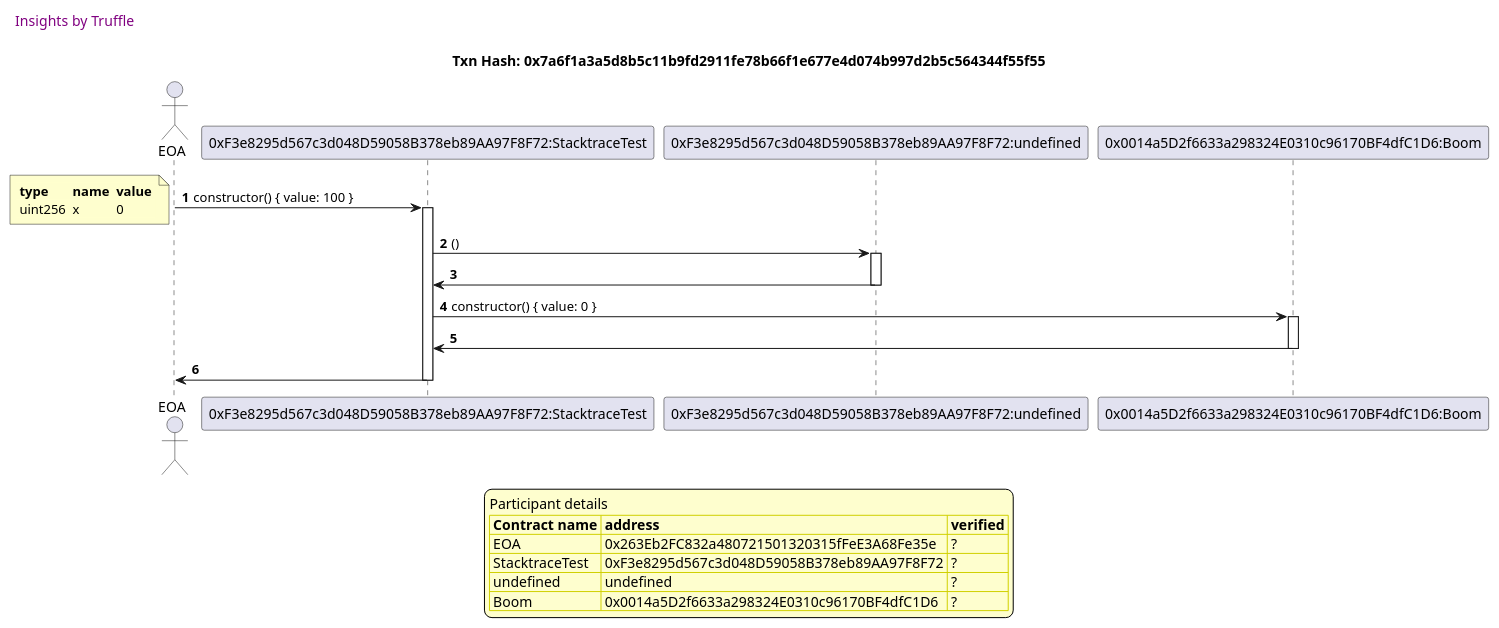
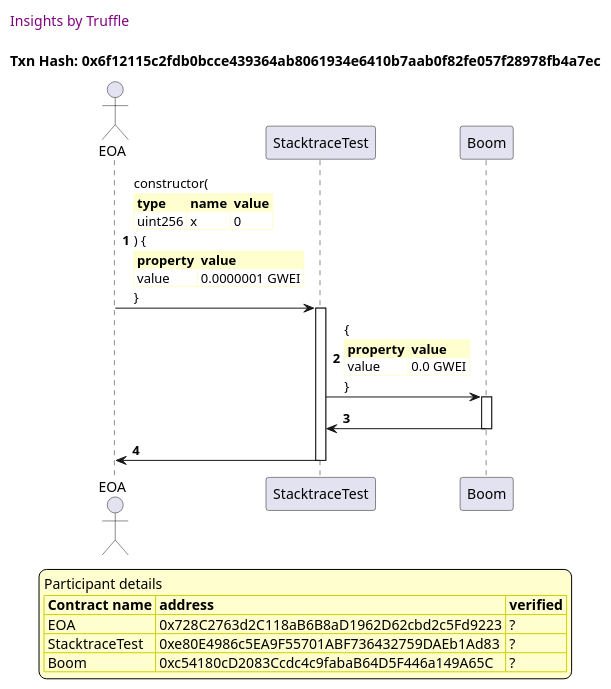
One commit to trufflesuite/txlog-seedlings changed the first of 11 diagrams in truffle-seq/stacktrace.test.md. Above: the diagram before and after it, drawn with PlantUML. The commit also changed other lines of this file and 5 other files, not shown here.

````diff
--- a/truffle-seq/stacktrace.test.md
+++ b/truffle-seq/stacktrace.test.md
@@ -11,54 +13,58 @@
 ```plantuml
+
+
 @startuml
 
 autonumber
-
 skinparam legendBackgroundColor #FEFECE
 
 <style>
-
-header {
-  HorizontalAlignment left
-  FontColor purple
-  FontSize 14
-  Padding 10
-}
-
-</style>
-
+      header {
+        HorizontalAlignment left
+        FontColor purple
+        FontSize 14
+        Padding 10
+      }
+    </style>
 
 header Insights by Truffle
 
-title Txn Hash: 0x7a6f1a3a5d8b5c11b9fd2911fe78b66f1e677e4d074b997d2b5c564344f55f55
+title Txn Hash: 0x6f12115c2fdb0bcce439364ab8061934e6410b7aab0f82fe057f28978fb4a7ec
+
 
 actor EOA as "EOA"
-participant StacktraceTest_01 as "0xF3e8295d567c3d048D59058B378eb89AA97F8F72:StacktraceTest"
-participant undefined_01 as "0xF3e8295d567c3d048D59058B378eb89AA97F8F72:undefined"
-participant Boom_01 as "0x0014a5D2f6633a298324E0310c96170BF4dfC1D6:Boom"
 
-EOA -> StacktraceTest_01 ++: constructor() { value: 100 }
-note left #FEFECE
-<#FEFECE,#FEFECE>|= type |= name |= value |
-| uint256 | x | 0 |
-end note
+participant StacktraceTest as "StacktraceTest"
 
-StacktraceTest_01 -> undefined_01 ++: () 
-undefined_01 -> StacktraceTest_01 --: 
-StacktraceTest_01 -> Boom_01 ++: constructor() { value: 0 }
-Boom_01 -> StacktraceTest_01 --: 
-StacktraceTest_01 -> EOA --: 
+participant Boom as "Boom"
+
+"EOA" -> "StacktraceTest" ++: constructor(\n\
+<#FEFECE,#FEFECE>|= type |= name |= value |\n\
+| uint256 | x | 0 |\n\
+) {\n\
+<#FEFECE,#FEFECE>|= property |= value|\n\
+| value | 0.0000001 GWEI |\n\
+}
+
+"StacktraceTest" -> "Boom" ++: {\n\
+<#FEFECE,#FEFECE>|= property |= value|\n\
+| value | 0.0 GWEI |\n\
+}
+
+"Boom" -> "StacktraceTest" --: 
+
+"StacktraceTest" -> "EOA" --: 
+
 
 
 legend
 Participant details
 <#FEFECE,#D0D000>|= Contract name |= address |= verified |
-<#FEFECE>| EOA | 0x263Eb2FC832a480721501320315fFeE3A68Fe35e | ? |
-<#FEFECE>| StacktraceTest | 0xF3e8295d567c3d048D59058B378eb89AA97F8F72 | ? |
-<#FEFECE>| undefined | undefined | ? |
-<#FEFECE>| Boom | 0x0014a5D2f6633a298324E0310c96170BF4dfC1D6 | ? |
+<#FEFECE>| EOA | 0x728C2763d2C118aB6B8aD1962D62cbd2c5Fd9223 | ? |
+<#FEFECE>| StacktraceTest | 0xe80E4986c5EA9F55701ABF736432759DAEb1Ad83 | ? |
+<#FEFECE>| Boom | 0xc54180cD2083Ccdc4c9fabaB64D5F446a149A65C | ? |
 endlegend
-
 
 
 @enduml
 ```
````
